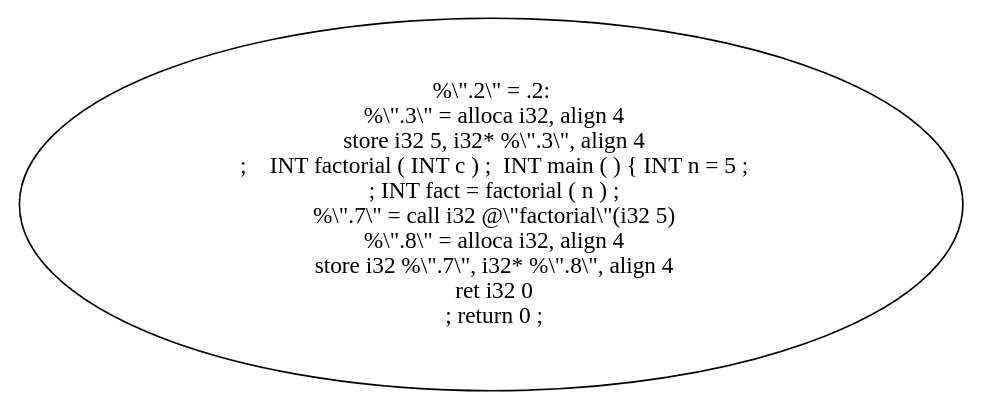
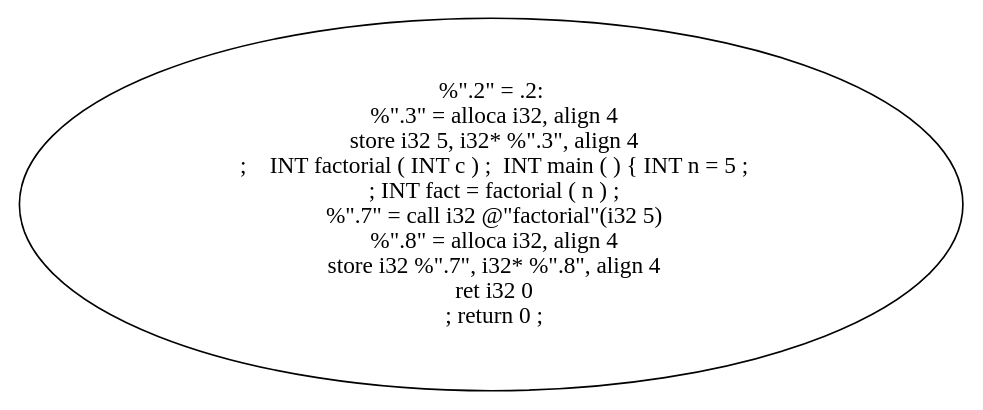
The diagram in example_source_files/35_functions/35_functions_cfg_main.dot (Are-you-listening/Compilers), drawn with Graphviz before and after one commit. The commit also changed 278 other files, not shown here.

```diff
--- a/example_source_files/35_functions/35_functions_cfg_main.dot
+++ b/example_source_files/35_functions/35_functions_cfg_main.dot
@@ -1,12 +1,12 @@
 digraph AST {
-  "126527932712032" [label="%\\\".2\\\" = .2:
-  %\\\".3\\\" = alloca i32, align 4
-  store i32 5, i32* %\\\".3\\\", align 4
+  "139300270179616" [label="%\".2\" = .2:
+  %\".3\" = alloca i32, align 4
+  store i32 5, i32* %\".3\", align 4
   ;    INT factorial ( INT c ) ;  INT main ( ) { INT n = 5 ;
   ; INT fact = factorial ( n ) ;
-  %\\\".7\\\" = call i32 @\\\"factorial\\\"(i32 5)
-  %\\\".8\\\" = alloca i32, align 4
-  store i32 %\\\".7\\\", i32* %\\\".8\\\", align 4
+  %\".7\" = call i32 @\"factorial\"(i32 5)
+  %\".8\" = alloca i32, align 4
+  store i32 %\".7\", i32* %\".8\", align 4
   ret i32 0
   ; return 0 ;"];
 }
```
